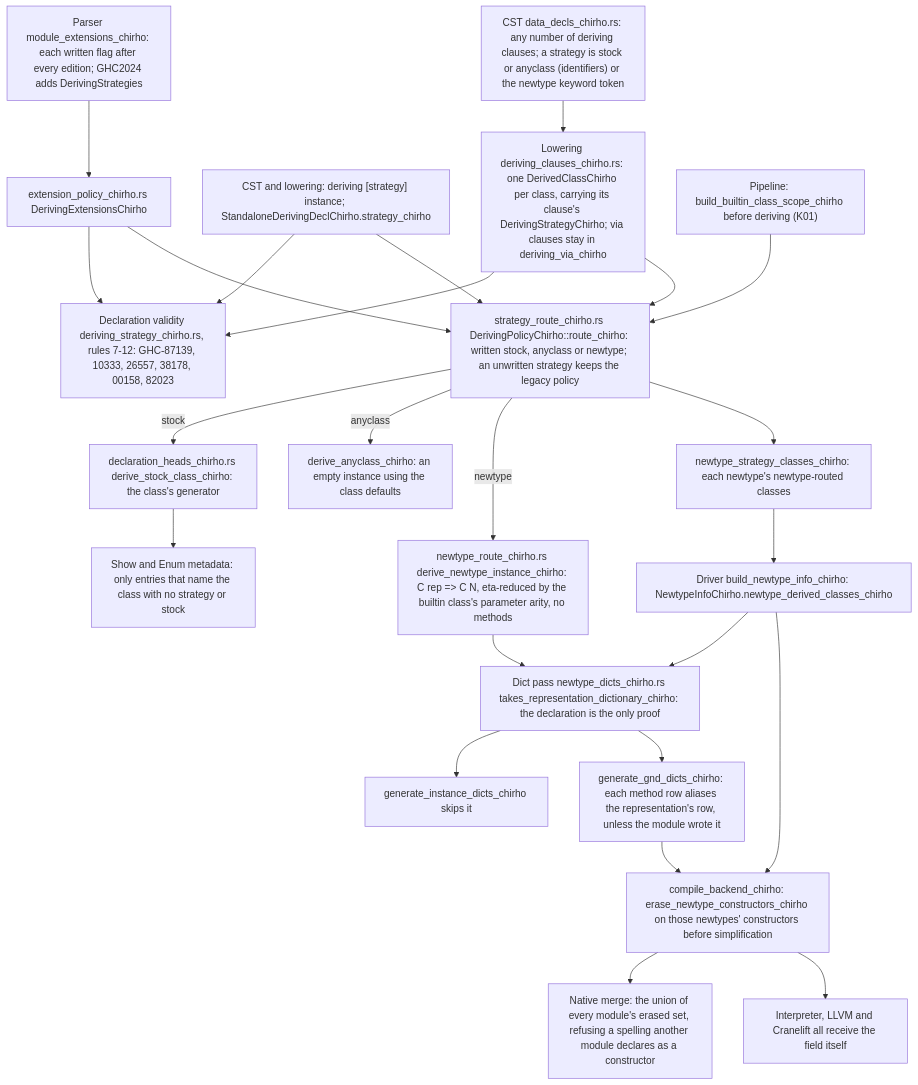
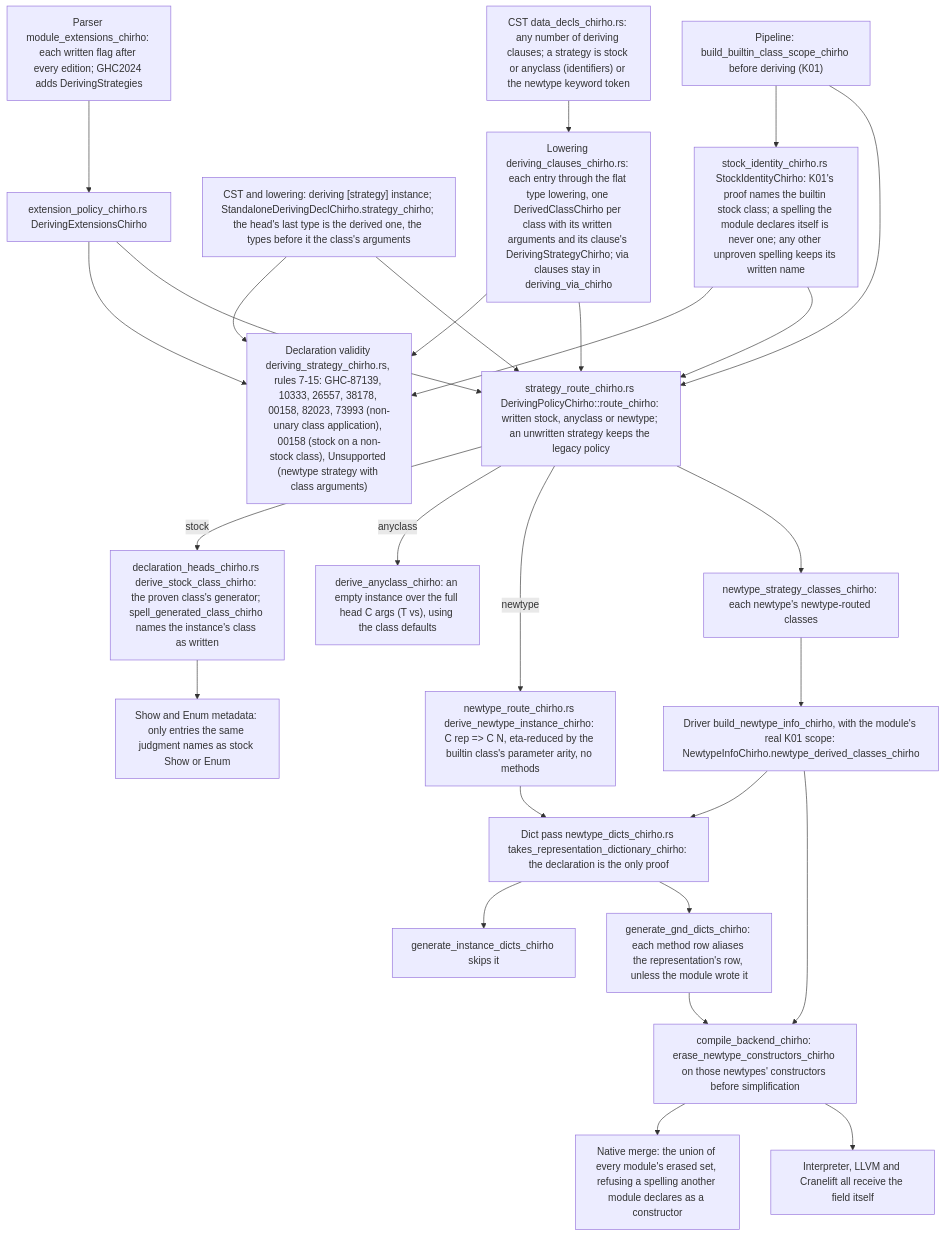
The diagram in spec-chirho/workflows-chirho/language-features-chirho/deriving-strategies-chirho.md (loveJesus/haskelujah-chirho), drawn with Mermaid before and after one commit. The commit also changed other lines of this file and 20 other files, not shown here.

````diff
--- a/spec-chirho/workflows-chirho/language-features-chirho/deriving-strategies-chirho.md
+++ b/spec-chirho/workflows-chirho/language-features-chirho/deriving-strategies-chirho.md
@@ -12,28 +12,31 @@
 ```mermaid
 flowchart TD
     cst_chirho["CST data_decls_chirho.rs: any number of deriving clauses; a strategy is stock or anyclass (identifiers) or the newtype keyword token"]
-    cst_chirho --> lower_chirho["Lowering deriving_clauses_chirho.rs: one DerivedClassChirho per class, carrying its clause's DerivingStrategyChirho; via clauses stay in deriving_via_chirho"]
-    standalone_chirho["CST and lowering: deriving [strategy] instance; StandaloneDerivingDeclChirho.strategy_chirho"]
+    cst_chirho --> lower_chirho["Lowering deriving_clauses_chirho.rs: each entry through the flat type lowering, one DerivedClassChirho per class with its written arguments and its clause's DerivingStrategyChirho; via clauses stay in deriving_via_chirho"]
+    standalone_chirho["CST and lowering: deriving [strategy] instance; StandaloneDerivingDeclChirho.strategy_chirho; the head's last type is the derived one, the types before it the class's arguments"]
     pragmas_chirho["Parser module_extensions_chirho: each written flag after every edition; GHC2024 adds DerivingStrategies"] --> policy_chirho["extension_policy_chirho.rs DerivingExtensionsChirho"]
     policy_chirho --> validity_chirho
     policy_chirho --> route_chirho
-    lower_chirho --> validity_chirho["Declaration validity deriving_strategy_chirho.rs, rules 7-12: GHC-87139, 10333, 26557, 38178, 00158, 82023"]
+    scope_chirho --> identity_chirho["stock_identity_chirho.rs StockIdentityChirho: K01's proof names the builtin stock class; a spelling the module declares itself is never one; any other unproven spelling keeps its written name"]
+    identity_chirho --> validity_chirho
+    identity_chirho --> route_chirho
+    lower_chirho --> validity_chirho["Declaration validity deriving_strategy_chirho.rs, rules 7-15: GHC-87139, 10333, 26557, 38178, 00158, 82023, 73993 (non-unary class application), 00158 (stock on a non-stock class), Unsupported (newtype strategy with class arguments)"]
     standalone_chirho --> validity_chirho
     lower_chirho --> route_chirho["strategy_route_chirho.rs DerivingPolicyChirho::route_chirho: written stock, anyclass or newtype; an unwritten strategy keeps the legacy policy"]
     standalone_chirho --> route_chirho
     scope_chirho["Pipeline: build_builtin_class_scope_chirho before deriving (K01)"] --> route_chirho
-    route_chirho -->|stock| stock_chirho["declaration_heads_chirho.rs derive_stock_class_chirho: the class's generator"]
-    route_chirho -->|anyclass| empty_chirho["derive_anyclass_chirho: an empty instance using the class defaults"]
+    route_chirho -->|stock| stock_chirho["declaration_heads_chirho.rs derive_stock_class_chirho: the proven class's generator; spell_generated_class_chirho names the instance's class as written"]
+    route_chirho -->|anyclass| empty_chirho["derive_anyclass_chirho: an empty instance over the full head C args (T vs), using the class defaults"]
     route_chirho -->|newtype| gnd_chirho["newtype_route_chirho.rs derive_newtype_instance_chirho: C rep => C N, eta-reduced by the builtin class's parameter arity, no methods"]
     route_chirho --> inventory_chirho["newtype_strategy_classes_chirho: each newtype's newtype-routed classes"]
-    stock_chirho --> metadata_chirho["Show and Enum metadata: only entries that name the class with no strategy or stock"]
-    inventory_chirho --> info_chirho["Driver build_newtype_info_chirho: NewtypeInfoChirho.newtype_derived_classes_chirho"]
+    stock_chirho --> metadata_chirho["Show and Enum metadata: only entries the same judgment names as stock Show or Enum"]
+    inventory_chirho --> info_chirho["Driver build_newtype_info_chirho, with the module's real K01 scope: NewtypeInfoChirho.newtype_derived_classes_chirho"]
     info_chirho --> eligible_chirho["Dict pass newtype_dicts_chirho.rs takes_representation_dictionary_chirho: the declaration is the only proof"]
     gnd_chirho --> eligible_chirho
     eligible_chirho --> ground_skip_chirho["generate_instance_dicts_chirho skips it"]
     eligible_chirho --> alias_chirho["generate_gnd_dicts_chirho: each method row aliases the representation's row, unless the module wrote it"]
     info_chirho --> erase_chirho["compile_backend_chirho: erase_newtype_constructors_chirho on those newtypes' constructors before simplification"]
     erase_chirho --> merge_chirho["Native merge: the union of every module's erased set, refusing a spelling another module declares as a constructor"]
     alias_chirho --> erase_chirho
     erase_chirho --> backends_chirho["Interpreter, LLVM and Cranelift all receive the field itself"]
 ```
````
